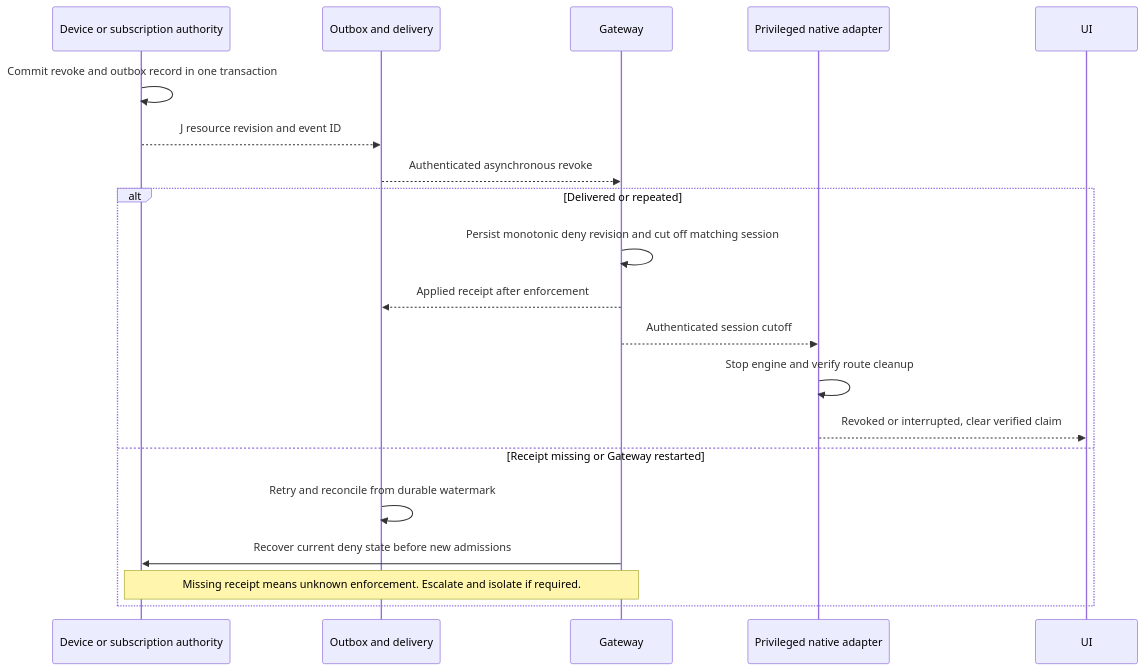
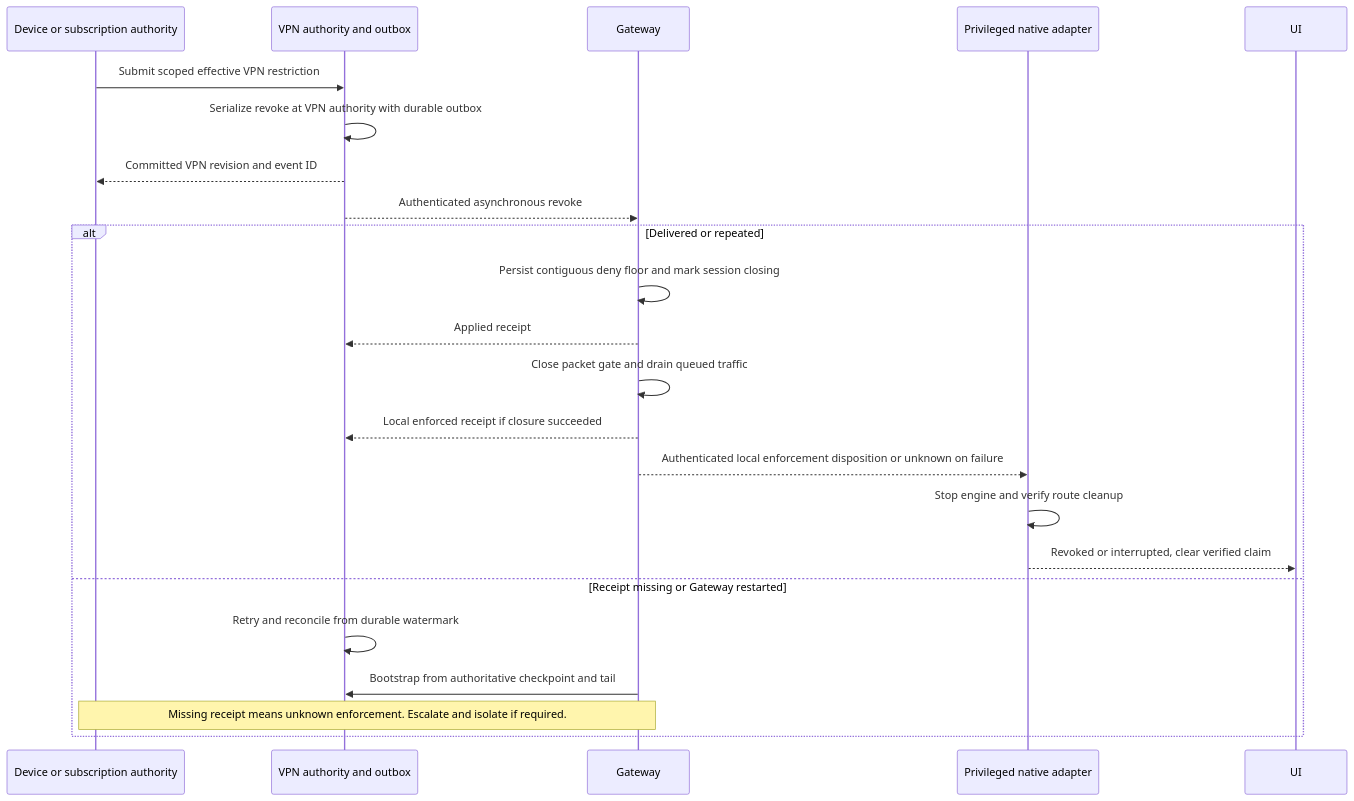
The sixth of 11 diagrams in docs/products/vpn/COMPONENTS.md (Dimash313/Wexum), drawn with Mermaid before and after one commit. The commit also changed other lines of this file and 4 other files, not shown here.

Commit message:
Specify VPN admission ordering and bounded packet cutoff (#12)

````diff
--- a/docs/products/vpn/COMPONENTS.md
+++ b/docs/products/vpn/COMPONENTS.md
@@ -173,22 +189,25 @@
 ```mermaid
 sequenceDiagram
   participant A as Device or subscription authority
-  participant E as Outbox and delivery
+  participant E as VPN authority and outbox
   participant G as Gateway
   participant C as Privileged native adapter
   participant U as UI
-  A->>A: Commit revoke and outbox record in one transaction
-  A-->>E: J resource revision and event ID
+  A->>E: Submit scoped effective VPN restriction
+  E->>E: Serialize revoke at VPN authority with durable outbox
+  E-->>A: Committed VPN revision and event ID
   E-->>G: Authenticated asynchronous revoke
   alt Delivered or repeated
-    G->>G: Persist monotonic deny revision and cut off matching session
-    G-->>E: Applied receipt after enforcement
-    G-->>C: Authenticated session cutoff
+    G->>G: Persist contiguous deny floor and mark session closing
+    G-->>E: Applied receipt
+    G->>G: Close packet gate and drain queued traffic
+    G-->>E: Local enforced receipt if closure succeeded
+    G-->>C: Authenticated local enforcement disposition or unknown on failure
     C->>C: Stop engine and verify route cleanup
     C-->>U: Revoked or interrupted, clear verified claim
   else Receipt missing or Gateway restarted
     E->>E: Retry and reconcile from durable watermark
-    G->>A: Recover current deny state before new admissions
+    G->>E: Bootstrap from authoritative checkpoint and tail
     Note over A,G: Missing receipt means unknown enforcement. Escalate and isolate if required.
   end
 ```
````
